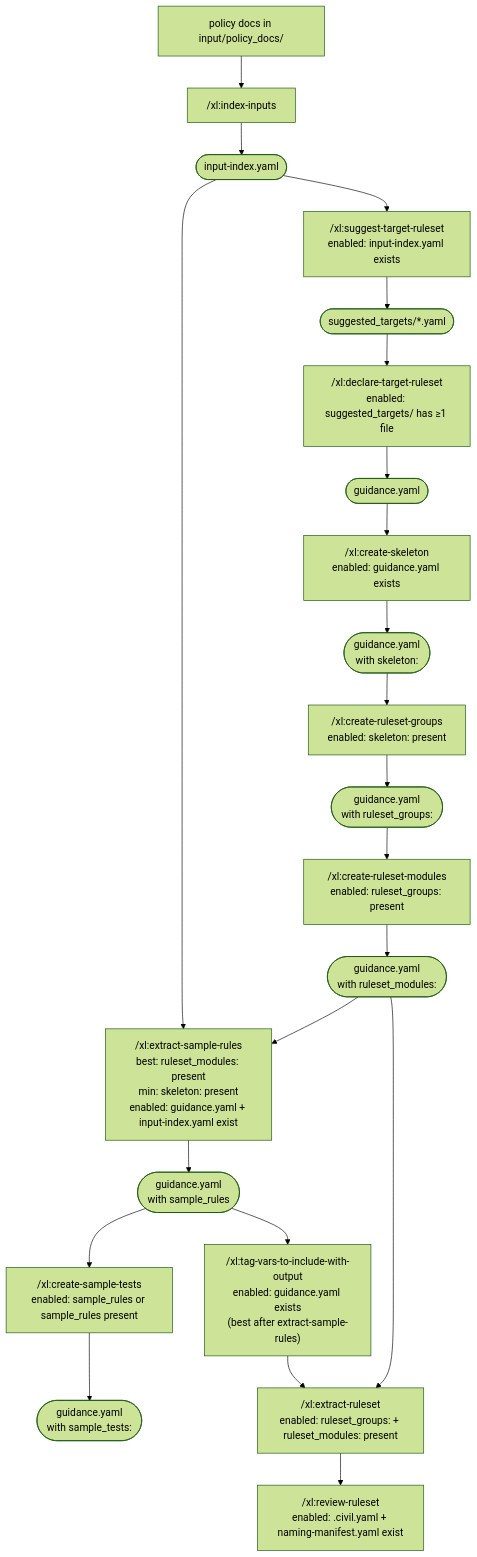
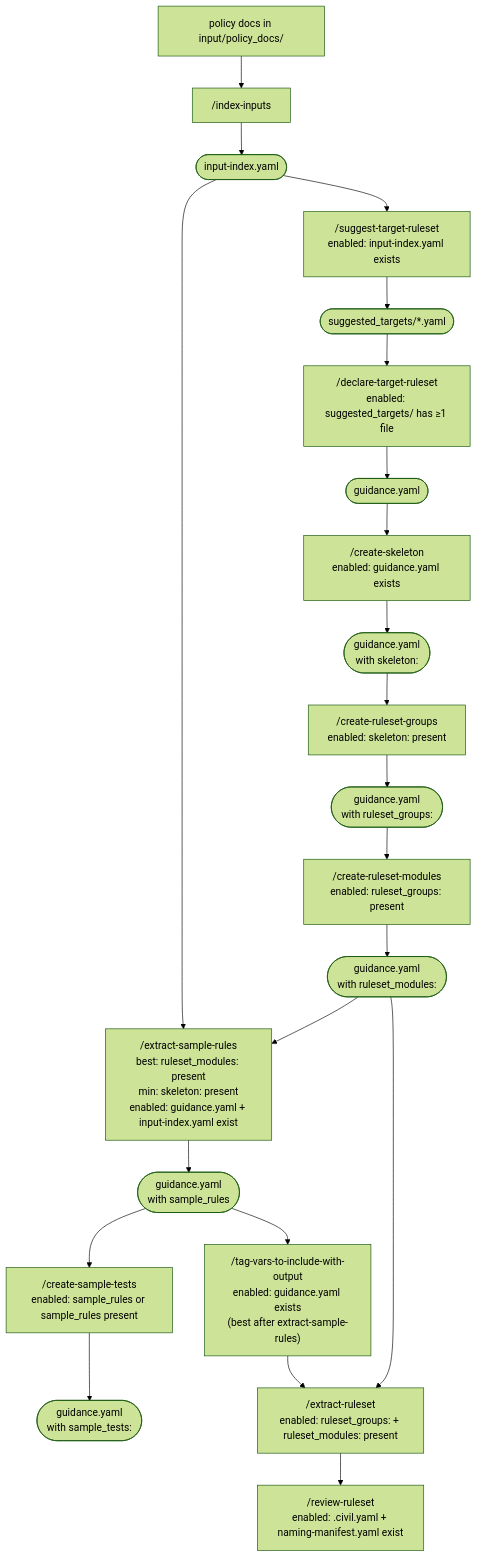
The diagram in xl-plugin/CLAUDE.md (navapbc/lockpicks-xlator-plugin), drawn with Mermaid (forest theme) before and after one commit. The commit also changed other lines of this file and 26 other files, not shown here.

````diff
--- a/xl-plugin/CLAUDE.md
+++ b/xl-plugin/CLAUDE.md
@@ -70,42 +70,42 @@
 ```mermaid
 flowchart TD
     DOCS["policy docs in input/policy_docs/"]
-    IDX_CMD["/xl:index-inputs"]
+    IDX_CMD["/index-inputs"]
     IDX(["input-index.yaml"])
 
     DOCS --> IDX_CMD --> IDX
 
-    SUG["/xl:suggest-target-ruleset\nenabled: input-index.yaml exists"]
+    SUG["/suggest-target-ruleset\nenabled: input-index.yaml exists"]
     SUG_F(["suggested_targets/*.yaml"])
-    DECL["/xl:declare-target-ruleset\nenabled: suggested_targets/ has ≥1 file"]
+    DECL["/declare-target-ruleset\nenabled: suggested_targets/ has ≥1 file"]
     GY(["guidance.yaml"])
 
     IDX --> SUG --> SUG_F --> DECL --> GY
 
-    SKEL["/xl:create-skeleton\nenabled: guidance.yaml exists"]
+    SKEL["/create-skeleton\nenabled: guidance.yaml exists"]
     GY_SKEL(["guidance.yaml\nwith skeleton:"])
-    GROUPS["/xl:create-ruleset-groups\nenabled: skeleton: present"]
+    GROUPS["/create-ruleset-groups\nenabled: skeleton: present"]
     GY_GROUPS(["guidance.yaml\nwith ruleset_groups:"])
-    MODS["/xl:create-ruleset-modules\nenabled: ruleset_groups: present"]
+    MODS["/create-ruleset-modules\nenabled: ruleset_groups: present"]
 
     GY --> SKEL --> GY_SKEL --> GROUPS --> GY_GROUPS --> MODS
 
     GY_MODS(["guidance.yaml\nwith ruleset_modules:"])
-    SAMPLERULES["/xl:extract-sample-rules\nbest: ruleset_modules: present\nmin: skeleton: present\nenabled: guidance.yaml + input-index.yaml exist"]
+    SAMPLERULES["/extract-sample-rules\nbest: ruleset_modules: present\nmin: skeleton: present\nenabled: guidance.yaml + input-index.yaml exist"]
     GY_RULES(["guidance.yaml\nwith sample_rules"])
-    TAGVARS["/xl:tag-vars-to-include-with-output\nenabled: guidance.yaml exists\n(best after extract-sample-rules)"]
-    SAMPLETESTS["/xl:create-sample-tests\nenabled: sample_rules or sample_rules present"]
+    TAGVARS["/tag-vars-to-include-with-output\nenabled: guidance.yaml exists\n(best after extract-sample-rules)"]
+    SAMPLETESTS["/create-sample-tests\nenabled: sample_rules or sample_rules present"]
     GY_SAMPLETESTS(["guidance.yaml\nwith sample_tests:"])
 
     MODS --> GY_MODS --> SAMPLERULES
     IDX --> SAMPLERULES
     SAMPLERULES --> GY_RULES --> TAGVARS
     GY_RULES --> SAMPLETESTS --> GY_SAMPLETESTS
 
-    EXTRACT["/xl:extract-ruleset\nenabled: ruleset_groups: + ruleset_modules: present"]
-    REVIEW["/xl:review-ruleset\nenabled: <program>.civil.yaml + naming-manifest.yaml exist"]
+    EXTRACT["/extract-ruleset\nenabled: ruleset_groups: + ruleset_modules: present"]
+    REVIEW["/review-ruleset\nenabled: <program>.civil.yaml + naming-manifest.yaml exist"]
 
     GY_MODS --> EXTRACT
     TAGVARS --> EXTRACT
     EXTRACT --> REVIEW
 ```
````
